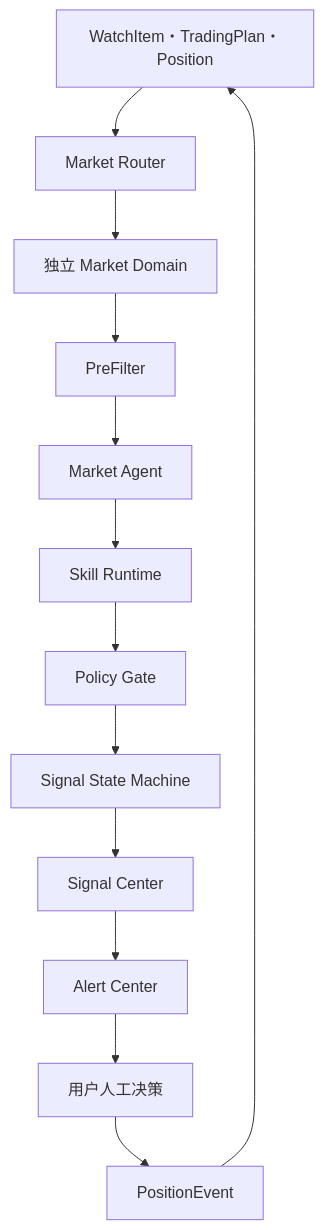
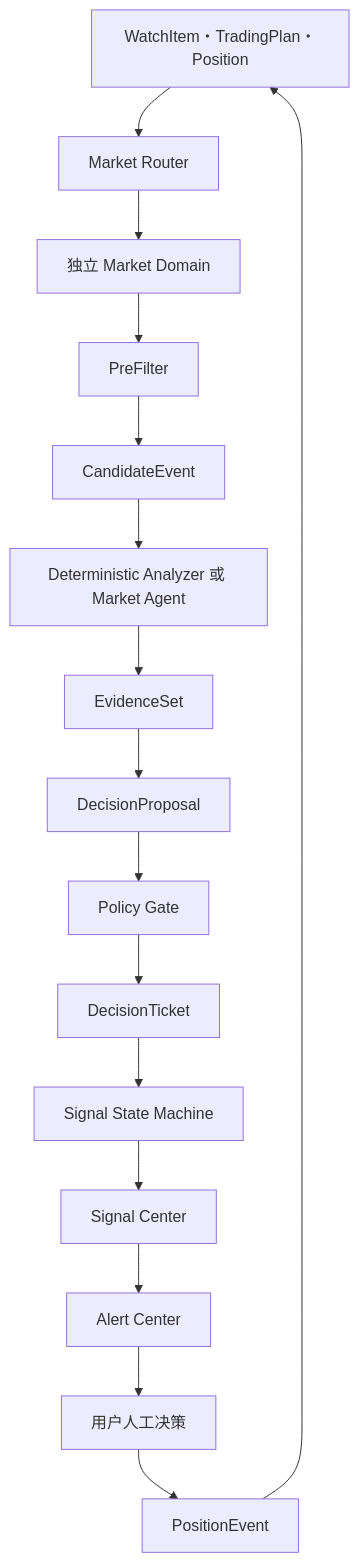
One commit to Jztice5/Loot changed the first of 7 diagrams in docs/architecture/signal-monitoring/signal-monitoring-loop-design-v0.1.md. Above: the diagram before and after it, drawn with Mermaid. The commit also changed other lines of this file and 17 other files, not shown here.

````diff
--- a/docs/architecture/signal-monitoring/signal-monitoring-loop-design-v0.1.md
+++ b/docs/architecture/signal-monitoring/signal-monitoring-loop-design-v0.1.md
@@ -90,15 +93,18 @@
 ```mermaid
 flowchart TD
     W["WatchItem・TradingPlan・Position"] --> R["Market Router"]
     R --> D["独立 Market Domain"]
     D --> P["PreFilter"]
-    P --> A["Market Agent"]
-    A --> K["Skill Runtime"]
-    K --> G["Policy Gate"]
-    G --> S["Signal State Machine"]
+    P --> CE["CandidateEvent"]
+    CE --> A["Deterministic Analyzer 或 Market Agent"]
+    A --> K["EvidenceSet"]
+    K --> DP["DecisionProposal"]
+    DP --> G["Policy Gate"]
+    G --> DT["DecisionTicket"]
+    DT --> S["Signal State Machine"]
     S --> C["Signal Center"]
     C --> L["Alert Center"]
     L --> U["用户人工决策"]
     U --> E["PositionEvent"]
     E --> W
 ```
````
